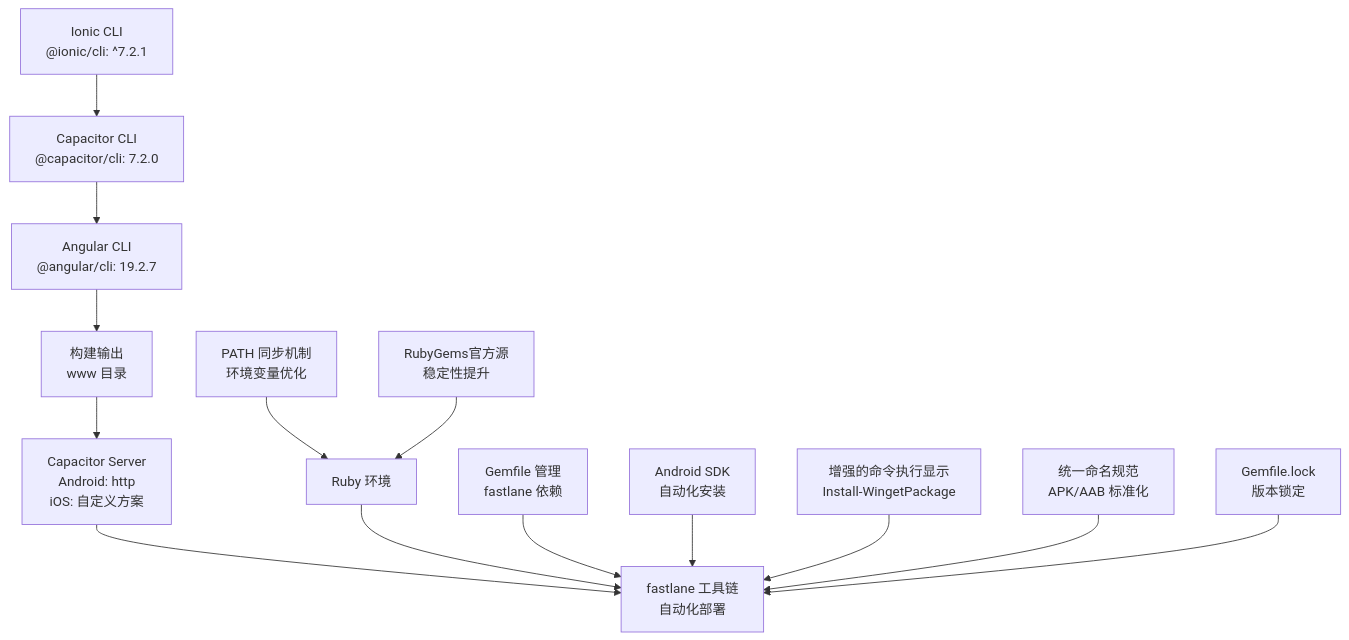
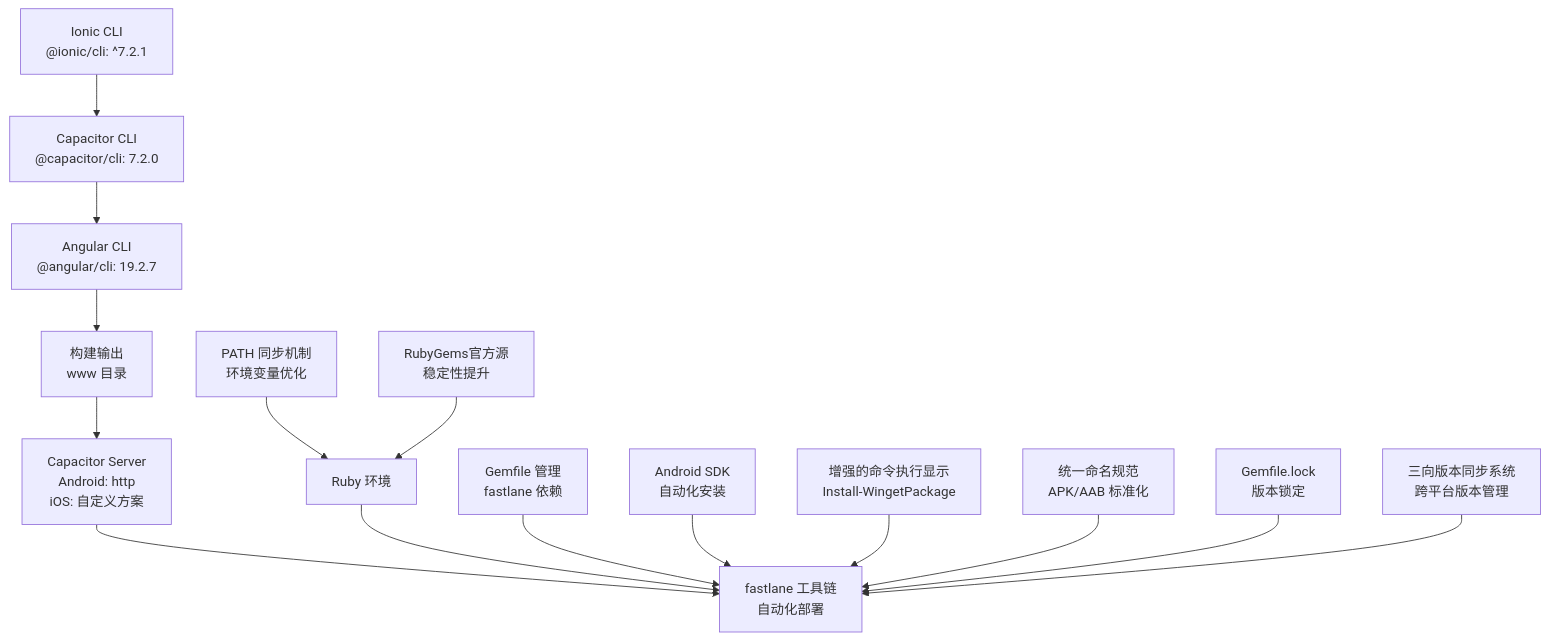
The third of 6 diagrams in .qoder/repowiki/zh/content/构建与部署/构建配置.md (tea4go/Macro-Deck-Client-App), drawn with Mermaid before and after one commit. The commit also changed other lines of this file and 37 other files, not shown here.

````diff
--- a/.qoder/repowiki/zh/content/构建与部署/构建配置.md
+++ b/.qoder/repowiki/zh/content/构建与部署/构建配置.md
@@ -328,16 +344,17 @@
 ```mermaid
 graph TB
 A["Ionic CLI<br/>@ionic/cli: ^7.2.1"] --> B["Capacitor CLI<br/>@capacitor/cli: 7.2.0"]
 B --> C["Angular CLI<br/>@angular/cli: 19.2.7"]
 C --> D["构建输出<br/>www 目录"]
 D --> E["Capacitor Server<br/>Android: http<br/>iOS: 自定义方案"]
 E --> F["fastlane 工具链<br/>自动化部署"]
 G["Ruby 环境"] --> F
 H["Gemfile 管理<br/>fastlane 依赖"] --> F
 I["Android SDK<br/>自动化安装"] --> F
 J["PATH 同步机制<br/>环境变量优化"] --> G
 K["增强的命令执行显示<br/>Install-WingetPackage"] --> F
 L["统一命名规范<br/>APK/AAB 标准化"] --> F
 M["Gemfile.lock<br/>版本锁定"] --> F
 N["RubyGems官方源<br/>稳定性提升"] --> G
+O["三向版本同步系统<br/>跨平台版本管理"] --> F
 ```
````
